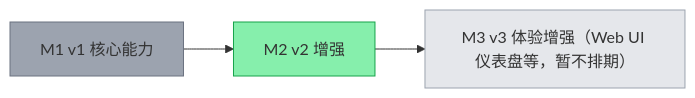
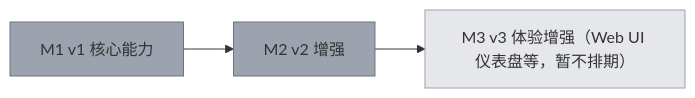
The diagram in PROJECT.md (happy520ai/pm-mcp), drawn with Mermaid before and after one commit. The commit also changed other lines of this file and 6 other files, not shown here.

````diff
--- a/PROJECT.md
+++ b/PROJECT.md
@@ -9,12 +9,12 @@
 ```mermaid
 flowchart LR
   M1["M1 v1 核心能力"]:::done
-  M2["M2 v2 增强"]:::active
+  M2["M2 v2 增强"]:::done
   M3["M3 v3 体验增强（Web UI 仪表盘等，暂不排期）"]:::planned
   M1 --> M2
   M2 --> M3
   classDef done fill:#9ca3af,stroke:#6b7280
   classDef active fill:#86efac,stroke:#16a34a
   classDef planned fill:#e5e7eb,stroke:#9ca3af
   classDef paused fill:#fde68a,stroke:#d97706
 ```
````
